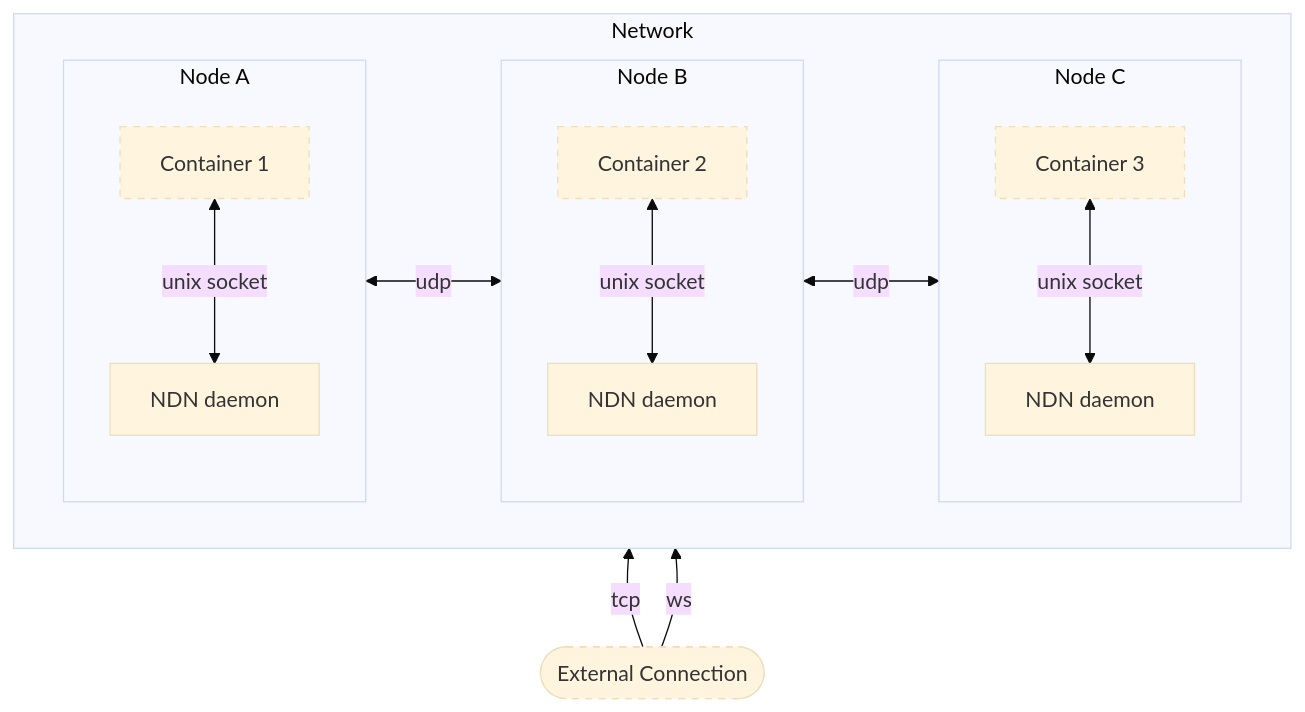
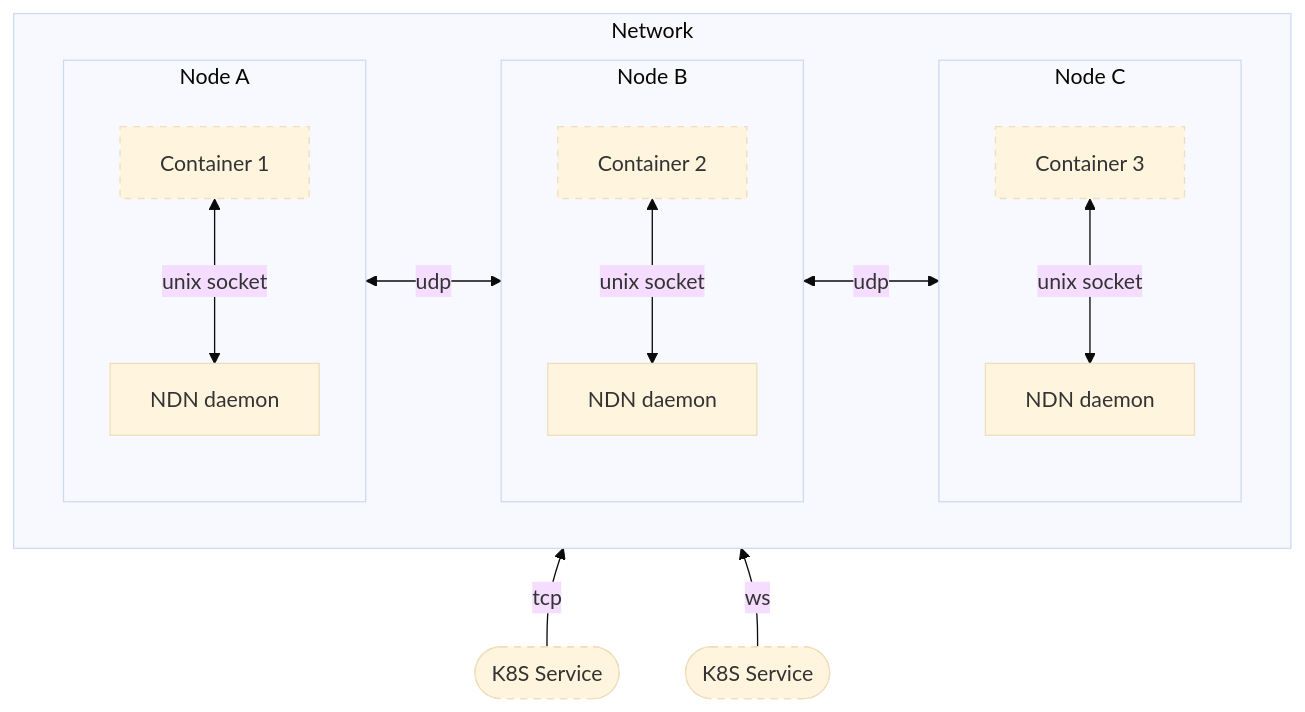
One commit to ndn-operator/ndn-operator changed the diagram in README.md. Above: the diagram before and after it, drawn with Mermaid (base theme).

````diff
--- a/README.md
+++ b/README.md
@@ -51,24 +51,22 @@
 ```mermaid
 flowchart BT
   subgraph N[Network]
   direction LR
     subgraph r_A[Node A]
     direction TB
       app_a1[Container 1]:::dotted <--unix socket--> ndnd_a1[NDN daemon]
     end
     subgraph r_B[Node B]
     direction TB
       app_b1[Container 2]:::dotted <--unix socket--> ndnd_b1[NDN daemon]
     end
     subgraph r_C[Node C]
     direction TB
       app_c1[Container 3]:::dotted <--unix socket--> ndnd_c1[NDN daemon]
     end
     r_A <--udp--> r_B <--udp--> r_C
   end
-  ext([External Connection]):::dotted --tcp--> N
-  ext --ws--> N
-
-
+  s1([K8S Service]):::dotted --tcp--> N
+  s2([K8S Service]):::dotted --ws--> N
   classDef dotted stroke-dasharray: 5 5
 ```
````
